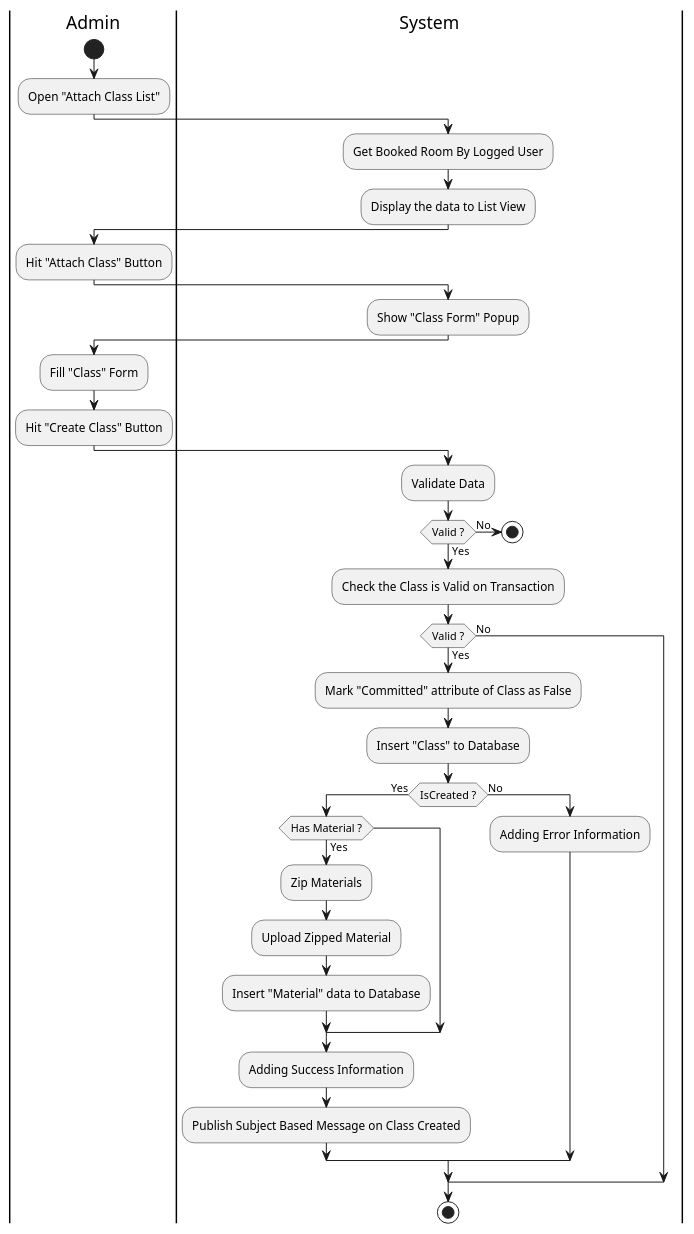
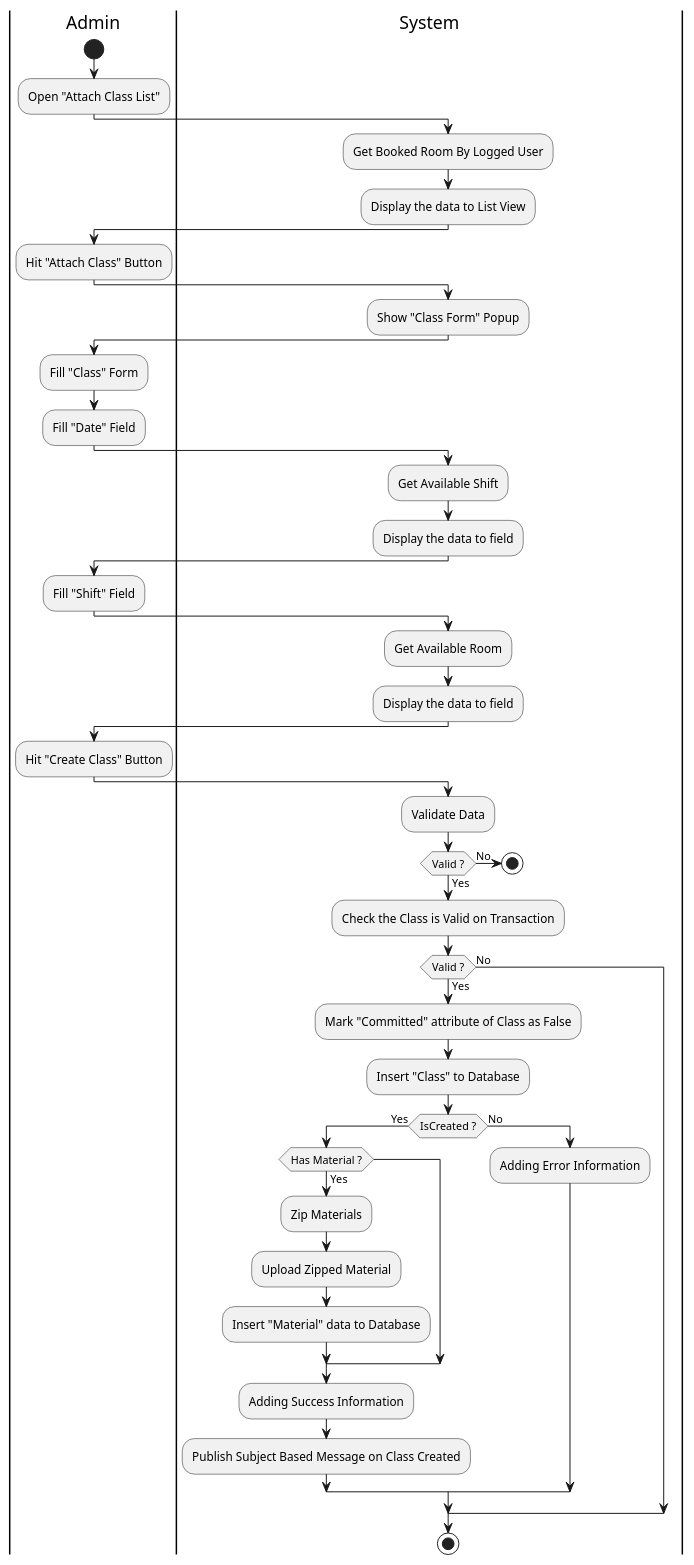
The diagram in Activity/Release02/BookingClass.wsd (fwidjaya20/fazzlearning-uml), drawn with PlantUML before and after one commit. The commit also changed 1 other file, not shown here.

Commit message:
activity: adding get room and shift available

```diff
--- a/Activity/Release02/BookingClass.wsd
+++ b/Activity/Release02/BookingClass.wsd
@@ -1,53 +1,67 @@
 @startuml BookingClass
 
 skinparam ConditionEndStyle hline
 skinparam Monochrome true
 skinparam Shadowing false
 
 |Admin|
 start
 :Open "Attach Class List";
 
 |System|
 :Get Booked Room By Logged User;
 :Display the data to List View;
 
 |Admin|
 :Hit "Attach Class" Button;
 
 |System|
 :Show "Class Form" Popup;
 
 |Admin|
 :Fill "Class" Form;
+:Fill "Date" Field;
+
+|System|
+:Get Available Shift;
+:Display the data to field;
+
+|Admin|
+:Fill "Shift" Field;
+
+|System|
+:Get Available Room;
+:Display the data to field;
+
+|Admin|
 :Hit "Create Class" Button;
 
 |System|
 :Validate Data;
 
 if (Valid ?) then (Yes)
     :Check the Class is Valid on Transaction;
 
     if (Valid ?) then (Yes)
         :Mark "Committed" attribute of Class as False;
         :Insert "Class" to Database;
         if (IsCreated ?) then (Yes)
             if (Has Material ?) then (Yes)
                 :Zip Materials;
                 :Upload Zipped Material;
                 :Insert "Material" data to Database;
             endif
             :Adding Success Information;
             :Publish Subject Based Message on Class Created;
         else (No)
             :Adding Error Information;
         endif
     else (No)
     endif
 else (No)
     stop
 endif
 
 stop
 
 @enduml
```
